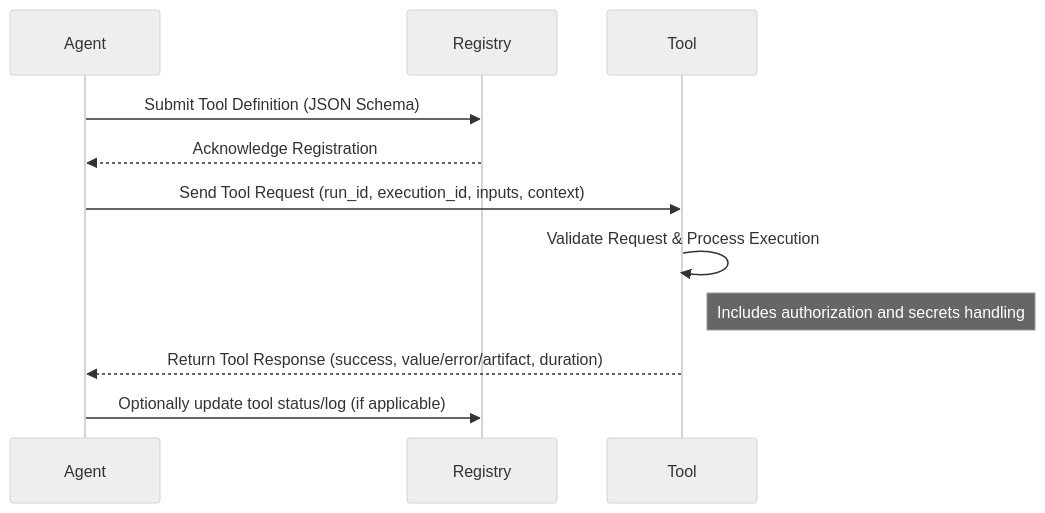
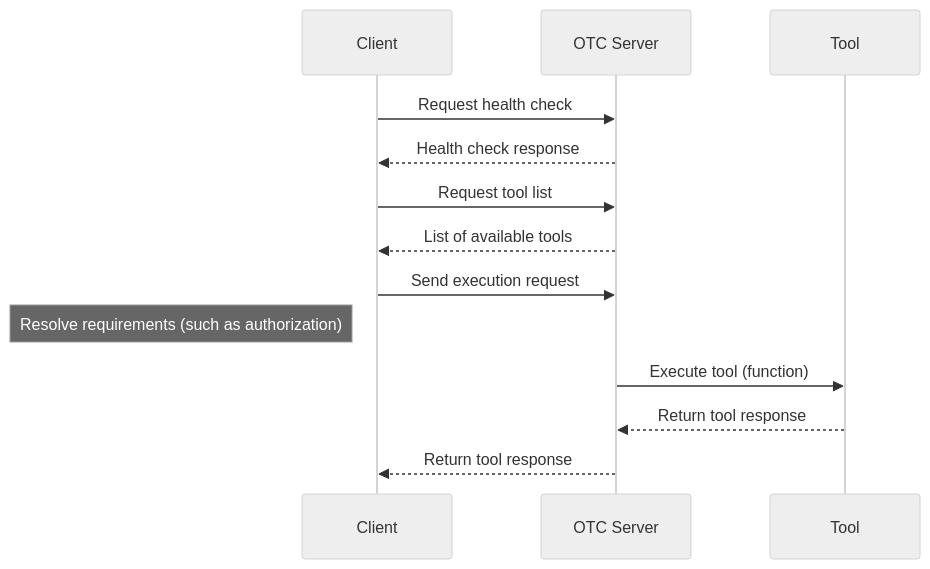
The diagram in RFC.md (OpenExecProtocol/Specification), drawn with Mermaid (neutral theme) before and after one commit. The commit also changed other lines of this file and 4 other files, not shown here.

````diff
--- a/RFC.md
+++ b/RFC.md
@@ -55,20 +56,22 @@
 ```mermaid
 sequenceDiagram
-    participant A as Agent
-    participant R as Registry
+    participant C as Client
+    participant S as OTC Server
     participant T as Tool
 
-    %% Tool Registration
-    A->>R: Submit Tool Definition (JSON Schema)
-    R-->>A: Acknowledge Registration
+    ## Health check
+    C->>S: Request health check
+    S-->>C: Health check response
 
-    %% Tool Invocation
-    A->>T: Send Tool Request (run_id, execution_id, inputs, context)
-    T->>T: Validate Request & Process Execution
-    Note right of T: Includes authorization and secrets handling
-    T-->>A: Return Tool Response (success, value/error/artifact, duration)
+    %% Tool discovery
+    C->>S: Request tool list
+    S-->>C: List of available tools
 
-    %% Post Execution
-    A->>R: Optionally update tool status/log (if applicable)
+    %% Tool execution
+    C->>S: Send execution request
+    Note left of C: Resolve requirements (such as authorization)
+    S->>T: Execute tool (function)
+    T-->>S: Return tool response
+    S-->>C: Return tool response
 
 ```
````
